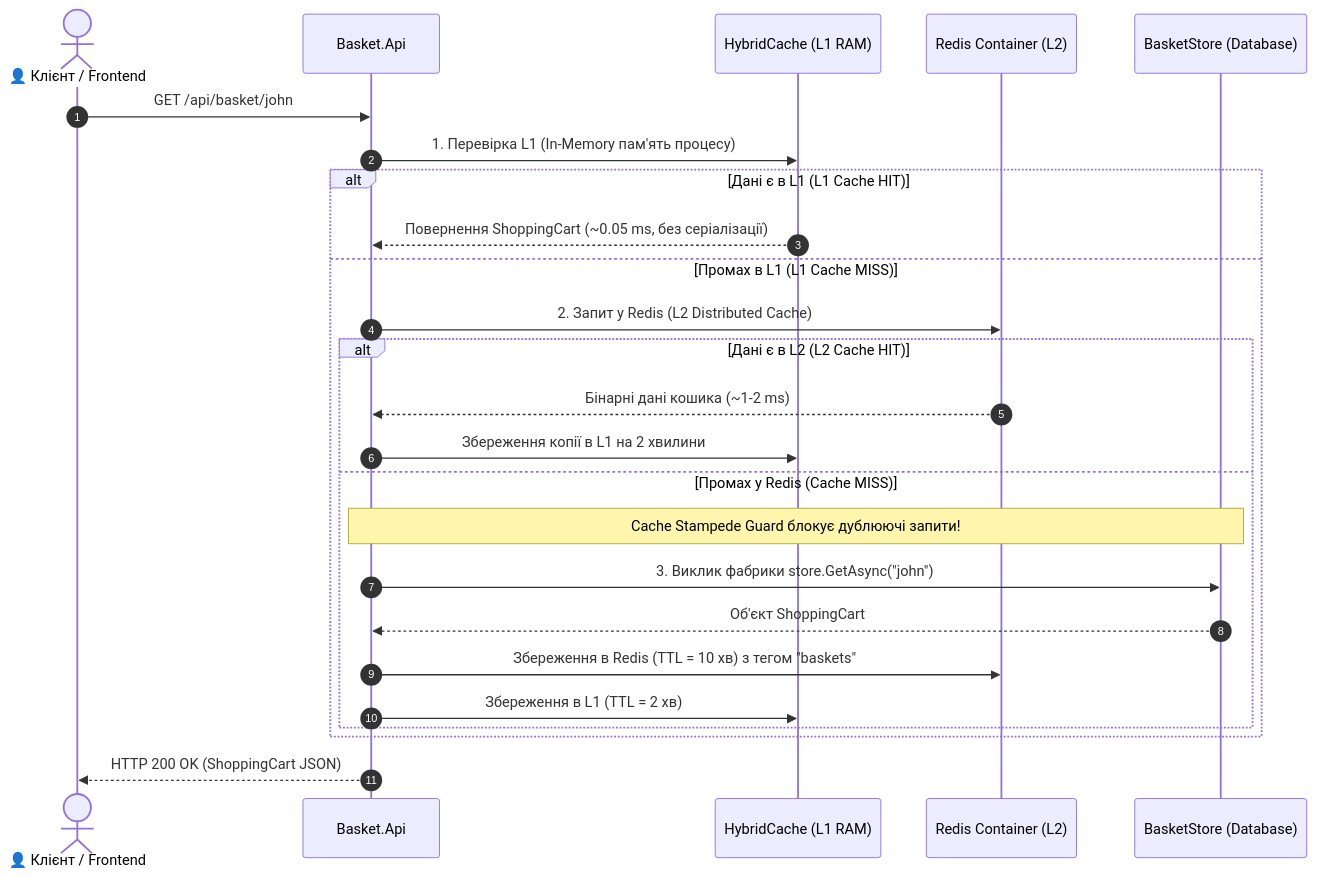
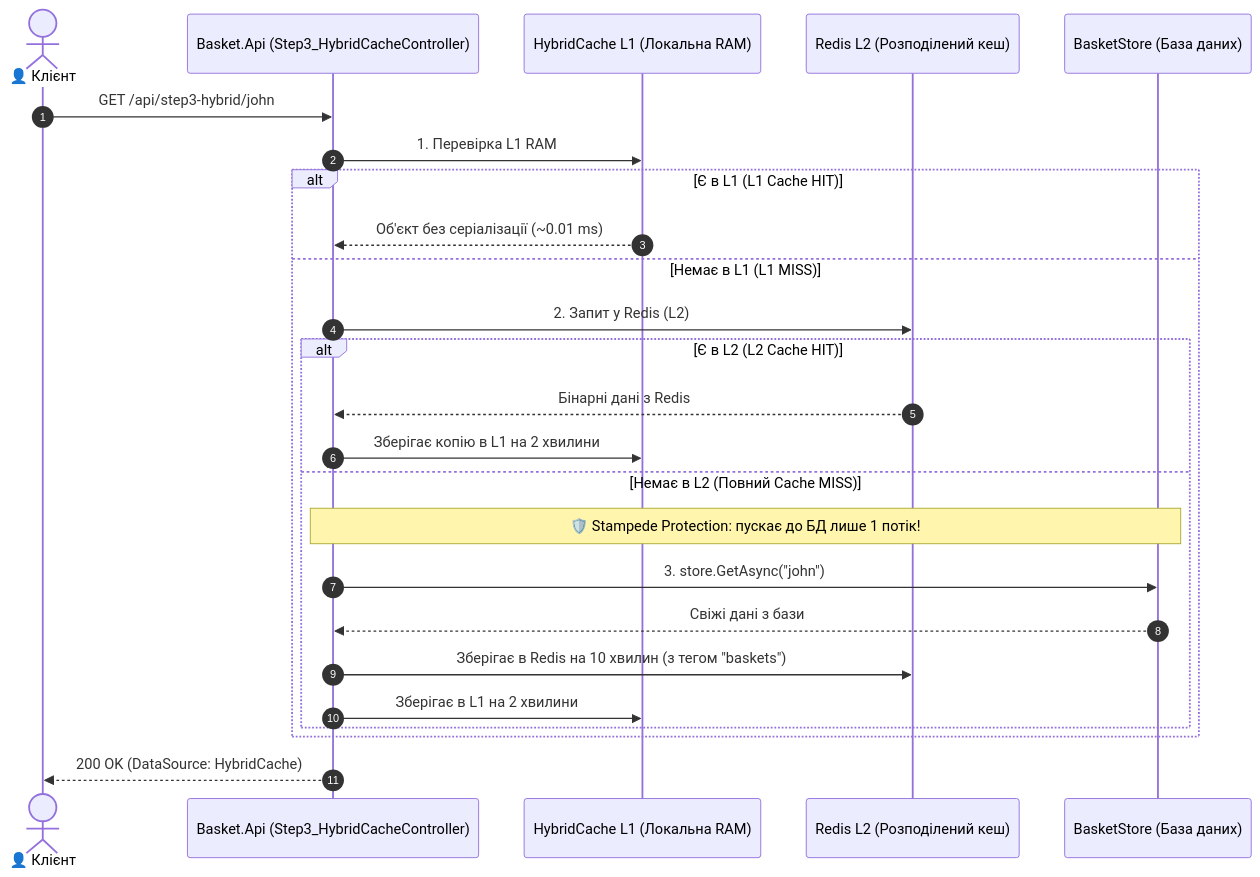
One commit to MrTomkaYurii/Microservices-Aspire-Mastery changed the fifth of 6 diagrams in 02-Centralized-Caching-Redis/STRUCTURE-AND-DATA-FLOW.md. Above: the diagram before and after it, drawn with Mermaid. The commit also changed other lines of this file and 8 other files, not shown here.

Commit message:
refactor(caching): decompose caching into 4 educational steps (InMemory, Redis, HybridCache, PubSub sync) with pedagogical preambles

````diff
--- a/02-Centralized-Caching-Redis/STRUCTURE-AND-DATA-FLOW.md
+++ b/02-Centralized-Caching-Redis/STRUCTURE-AND-DATA-FLOW.md
@@ -135,28 +220,28 @@
 ```mermaid
 sequenceDiagram
     autonumber
-    actor Client as 👤 Клієнт / Frontend
-    participant API as Basket.Api
-    participant L1 as HybridCache (L1 RAM)
-    participant L2 as Redis Container (L2)
-    participant DB as BasketStore (Database)
+    actor Client as 👤 Клієнт
+    participant API as Basket.Api (Step3_HybridCacheController)
+    participant L1 as HybridCache L1 (Локальна RAM)
+    participant L2 as Redis L2 (Розподілений кеш)
+    participant DB as BasketStore (База даних)
 
-    Client->>API: GET /api/basket/john
-    API->>L1: 1. Перевірка L1 (In-Memory пам'ять процесу)
-    alt Дані є в L1 (L1 Cache HIT)
-        L1-->>API: Повернення ShoppingCart (~0.05 ms, без серіалізації)
-    else Промах в L1 (L1 Cache MISS)
-        API->>L2: 2. Запит у Redis (L2 Distributed Cache)
-        alt Дані є в L2 (L2 Cache HIT)
-            L2-->>API: Бінарні дані кошика (~1-2 ms)
-            API->>L1: Збереження копії в L1 на 2 хвилини
-        else Промах у Redis (Cache MISS)
-            Note over API,DB: Cache Stampede Guard блокує дублюючі запити!
-            API->>DB: 3. Виклик фабрики store.GetAsync("john")
-            DB-->>API: Об'єкт ShoppingCart
-            API->>L2: Збереження в Redis (TTL = 10 хв) з тегом "baskets"
-            API->>L1: Збереження в L1 (TTL = 2 хв)
+    Client->>API: GET /api/step3-hybrid/john
+    API->>L1: 1. Перевірка L1 RAM
+    alt Є в L1 (L1 Cache HIT)
+        L1-->>API: Об'єкт без серіалізації (~0.01 ms)
+    else Немає в L1 (L1 MISS)
+        API->>L2: 2. Запит у Redis (L2)
+        alt Є в L2 (L2 Cache HIT)
+            L2-->>API: Бінарні дані з Redis
+            API->>L1: Зберігає копію в L1 на 2 хвилини
+        else Немає в L2 (Повний Cache MISS)
+            Note over API,DB: 🛡️ Stampede Protection: пускає до БД лише 1 потік!
+            API->>DB: 3. store.GetAsync("john")
+            DB-->>API: Свіжі дані з бази
+            API->>L2: Зберігає в Redis на 10 хвилин (з тегом "baskets")
+            API->>L1: Зберігає в L1 на 2 хвилини
         end
     end
-    API-->>Client: HTTP 200 OK (ShoppingCart JSON)
+    API-->>Client: 200 OK (DataSource: HybridCache)
 ```
````
